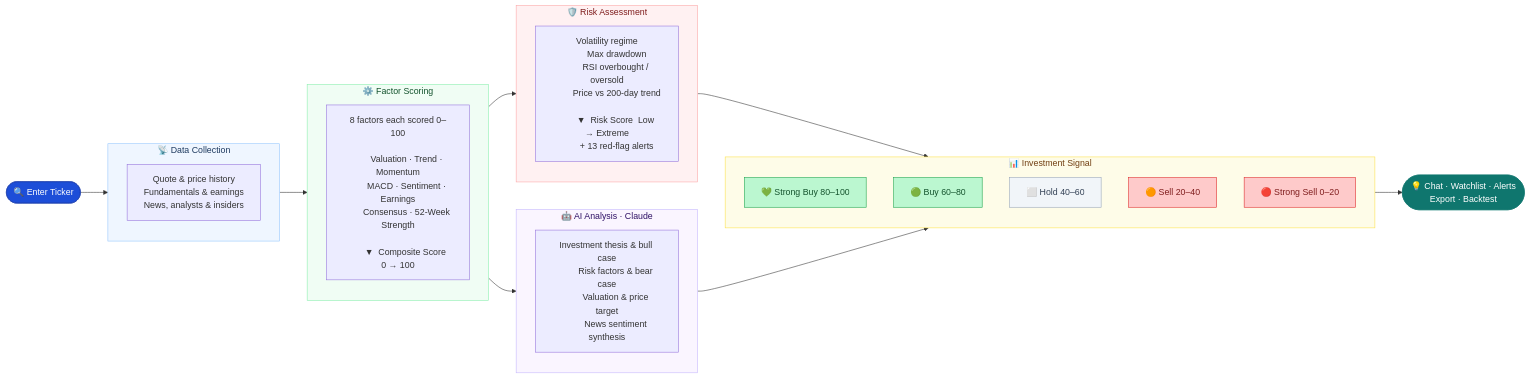
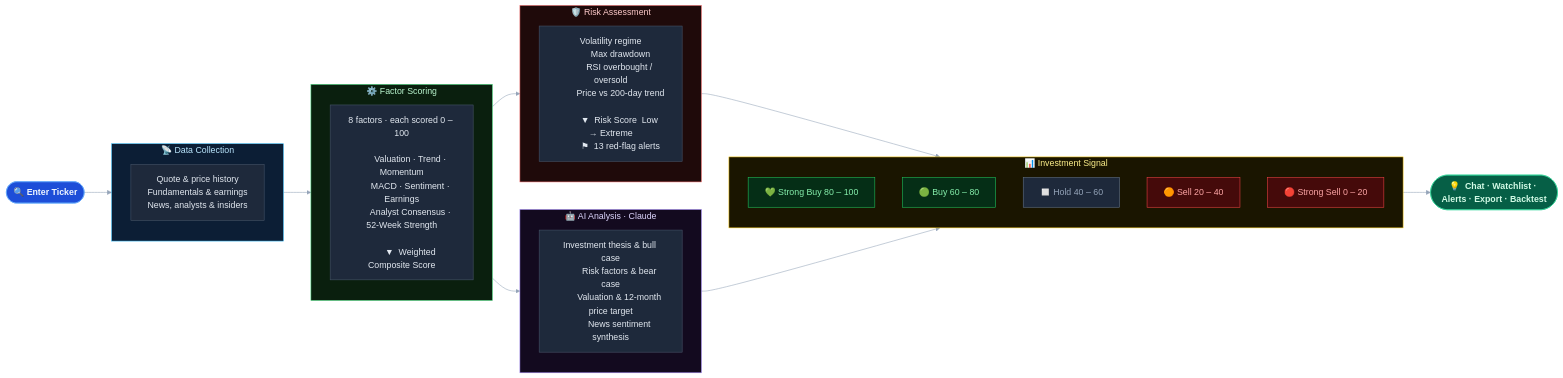
Before and after one commit to pcjtse/jaja-money: the diagram in README.md, drawn with Mermaid.

Commit message:
docs: apply dark theme to workflow flowchart
Switch to a dark colour palette with deep navy/charcoal subgraph fills,
vivid accent borders (blue · green · red · purple · gold), and light text.
Uses Mermaid themeVariables init block so the dark background is consistent
across GitHub and other renderers.

https://claude.ai/code/session_011wqS27FFUbx5BgR3PGjHpa

````diff
--- a/README.md
+++ b/README.md
@@ -39,68 +39,67 @@
 ```mermaid
+%%{init: {'theme': 'base', 'themeVariables': {'primaryColor': '#1e293b', 'primaryTextColor': '#e2e8f0', 'primaryBorderColor': '#475569', 'lineColor': '#94a3b8', 'secondaryColor': '#0f172a', 'tertiaryColor': '#1e293b', 'background': '#0f172a', 'mainBkg': '#1e293b', 'nodeBorder': '#475569', 'clusterBkg': '#0f172a', 'clusterBorder': '#334155', 'titleColor': '#e2e8f0', 'edgeLabelBackground': '#1e293b', 'fontFamily': 'ui-monospace,monospace'}}}%%
 flowchart LR
-    classDef stage fill:#f8fafc,stroke:#64748b,color:#1e293b,rx:6
-    classDef start fill:#1d4ed8,stroke:#1e40af,color:#fff
-    classDef finish fill:#0f766e,stroke:#0f766e,color:#fff
-    classDef buy  fill:#bbf7d0,stroke:#16a34a,color:#14532d
-    classDef hold fill:#f1f5f9,stroke:#94a3b8,color:#334155
-    classDef sell fill:#fecaca,stroke:#dc2626,color:#7f1d1d
+    classDef start  fill:#1d4ed8,stroke:#60a5fa,color:#eff6ff,font-weight:bold
+    classDef finish fill:#065f46,stroke:#34d399,color:#d1fae5,font-weight:bold
+    classDef buy    fill:#052e16,stroke:#22c55e,color:#86efac
+    classDef hold   fill:#1e293b,stroke:#64748b,color:#94a3b8
+    classDef sell   fill:#450a0a,stroke:#ef4444,color:#fca5a5
 
-    START(["🔍 Enter Ticker"]):::start
+    START(["🔍  Enter Ticker"]):::start
 
     subgraph D ["📡  Data Collection"]
         D1["Quote & price history
         Fundamentals & earnings
         News, analysts & insiders"]
     end
 
     subgraph F ["⚙️  Factor Scoring"]
-        F1["8 factors each scored 0–100
+        F1["8 factors · each scored 0 – 100
 
         Valuation · Trend · Momentum
         MACD · Sentiment · Earnings
-        Consensus · 52-Week Strength
+        Analyst Consensus · 52-Week Strength
 
-        ▼  Composite Score  0 → 100"]
+        ▼  Weighted Composite Score"]
     end
 
     subgraph R ["🛡️  Risk Assessment"]
         R1["Volatility regime
         Max drawdown
         RSI overbought / oversold
         Price vs 200-day trend
 
         ▼  Risk Score  Low → Extreme
-        + 13 red-flag alerts"]
+        ⚑  13 red-flag alerts"]
     end
 
     subgraph AI ["🤖  AI Analysis  ·  Claude"]
         AI1["Investment thesis & bull case
         Risk factors & bear case
-        Valuation & price target
+        Valuation & 12-month price target
         News sentiment synthesis"]
     end
 
     subgraph SIG ["📊  Investment Signal"]
-        S1["💚  Strong Buy   80–100"]:::buy
-        S2["🟢  Buy          60–80"]:::buy
-        S3["⬜  Hold         40–60"]:::hold
-        S4["🟠  Sell         20–40"]:::sell
-        S5["🔴  Strong Sell   0–20"]:::sell
+        S1["💚  Strong Buy    80 – 100"]:::buy
+        S2["🟢  Buy           60 – 80"]:::buy
+        S3["◻️   Hold          40 – 60"]:::hold
+        S4["🟠  Sell          20 – 40"]:::sell
+        S5["🔴  Strong Sell    0 – 20"]:::sell
     end
 
-    END(["💡  Chat · Watchlist · Alerts
-    Export · Backtest"]):::finish
+    END(["💡  Chat · Watchlist · Alerts · Export · Backtest"]):::finish
 
     START --> D --> F
-    F --> R
-    F --> AI
-    R --> SIG
-    AI --> SIG
-    SIG --> END
+    F      --> R
+    F      --> AI
+    R      --> SIG
+    AI     --> SIG
+    SIG    --> END
 
-    style D  fill:#eff6ff,stroke:#93c5fd,color:#1e3a5f
-    style F  fill:#f0fdf4,stroke:#86efac,color:#14532d
-    style R  fill:#fff1f2,stroke:#fca5a5,color:#7f1d1d
-    style AI fill:#faf5ff,stroke:#c4b5fd,color:#2e1065
-    style SIG fill:#fefce8,stroke:#fde047,color:#713f12
+    style D   fill:#0c1e35,stroke:#38bdf8,color:#bae6fd
+    style F   fill:#0a1f0e,stroke:#4ade80,color:#bbf7d0
+    style R   fill:#1f0a0a,stroke:#f87171,color:#fecaca
+    style AI  fill:#130a1f,stroke:#a78bfa,color:#ddd6fe
+    style SIG fill:#1a1500,stroke:#facc15,color:#fef08a
 ```
````
